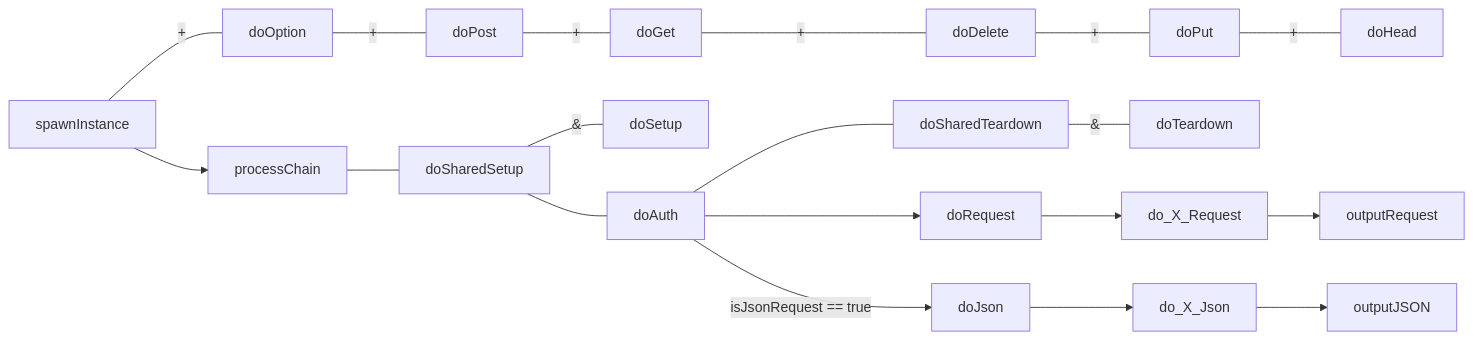
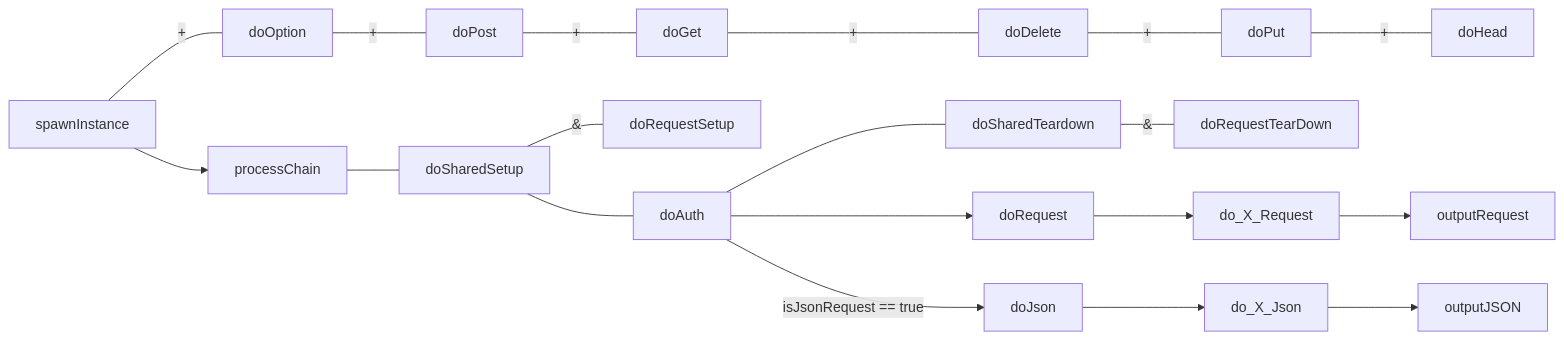
The first of 2 diagrams in specs/servlet/servlet.md (picoded/JavaCommons), drawn with Mermaid before and after one commit. The commit also changed other lines of this file, not shown here.

Commit message:
Change naming convention for the methods

````diff
--- a/specs/servlet/servlet.md
+++ b/specs/servlet/servlet.md
@@ -17,21 +17,21 @@
 ```mermaid
 graph LR
 	spawnInstance ---|+| doOption
 	doOption ---|+| doPost
 	doPost ---|+| doGet
 	doGet ---|+| doDelete
 	doDelete ---|+| doPut
 	doPut ---|+| doHead
 	spawnInstance --> processChain
 	processChain --- doSharedSetup
-	doSharedSetup ---|&| doSetup
+	doSharedSetup ---|&| doRequestSetup
 	doSharedSetup --- doAuth
 	doAuth --- doSharedTeardown
-	doSharedTeardown ---|&| doTeardown
+	doSharedTeardown ---|&| doRequestTearDown
 	doAuth --> doRequest
 	doRequest --> do_X_Request
 	do_X_Request --> outputRequest
 	doAuth -->|isJsonRequest == true| doJson
 	doJson --> do_X_Json
 	do_X_Json --> outputJSON
 ```
````
